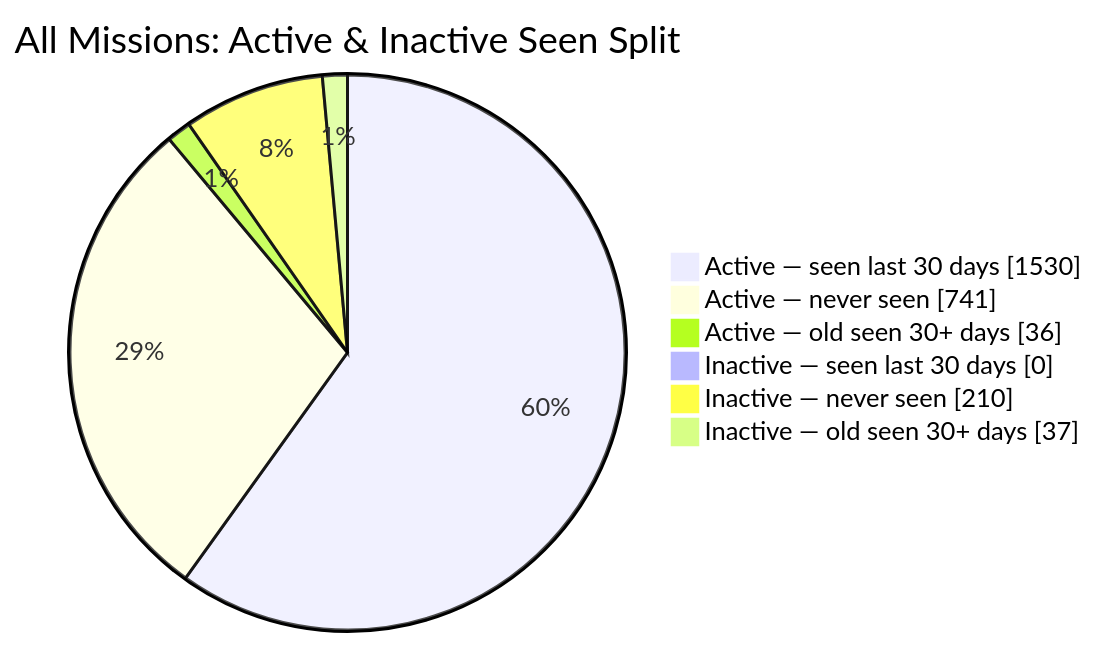
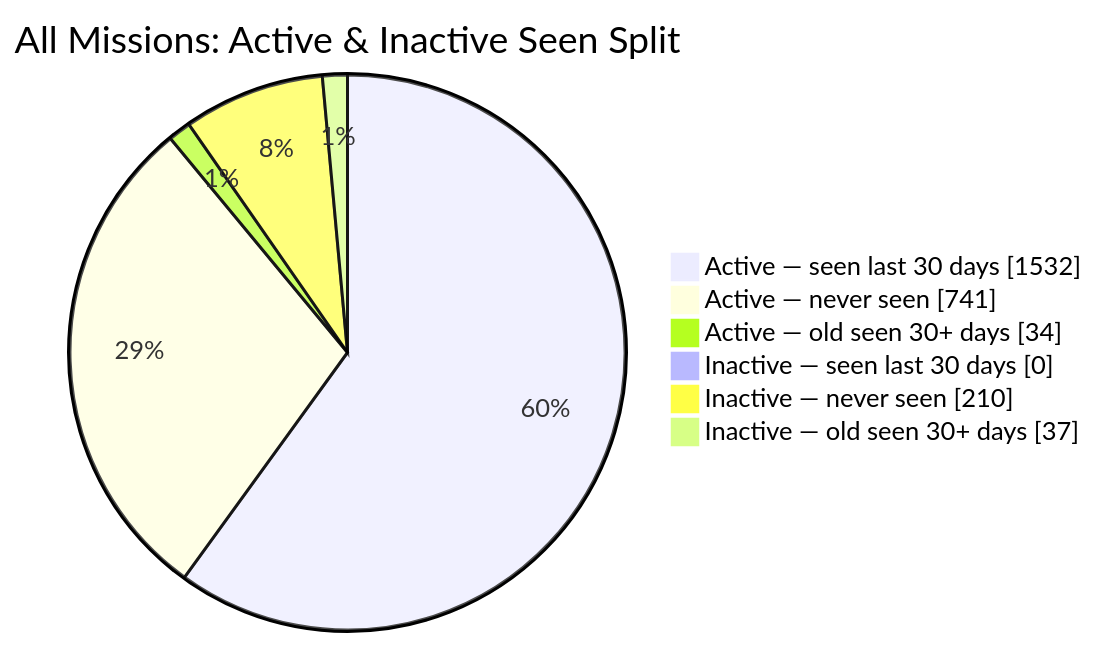
Before and after one commit to MeldkamerspelGameTeam/active-missions: the second of 2 diagrams in README.md, drawn with Mermaid. The commit also changed other lines of this file and 3 other files, not shown here.

````diff
--- a/README.md
+++ b/README.md
@@ -44,10 +44,10 @@
 ```mermaid
 pie showData
     title All Missions: Active & Inactive Seen Split
-    "Active — seen last 30 days" : 1530
+    "Active — seen last 30 days" : 1532
     "Active — never seen" : 741
-    "Active — old seen 30+ days" : 36
+    "Active — old seen 30+ days" : 34
     "Inactive — seen last 30 days" : 0
     "Inactive — never seen" : 210
     "Inactive — old seen 30+ days" : 37
 ```
````
